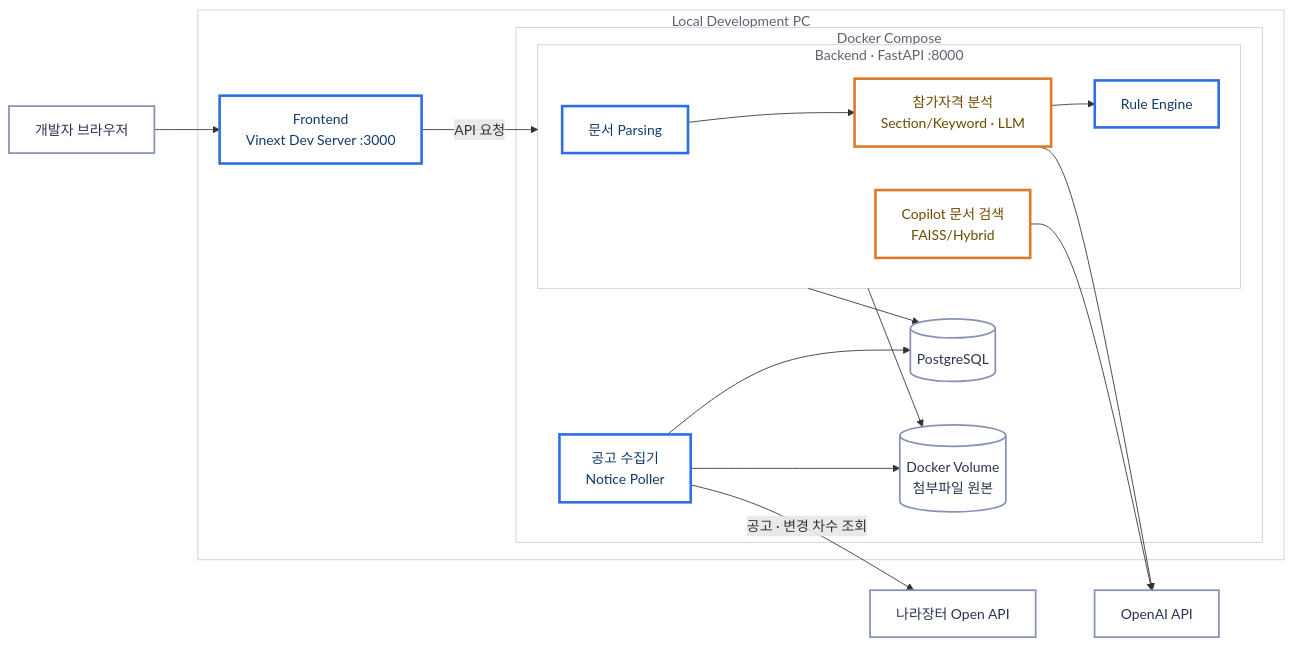
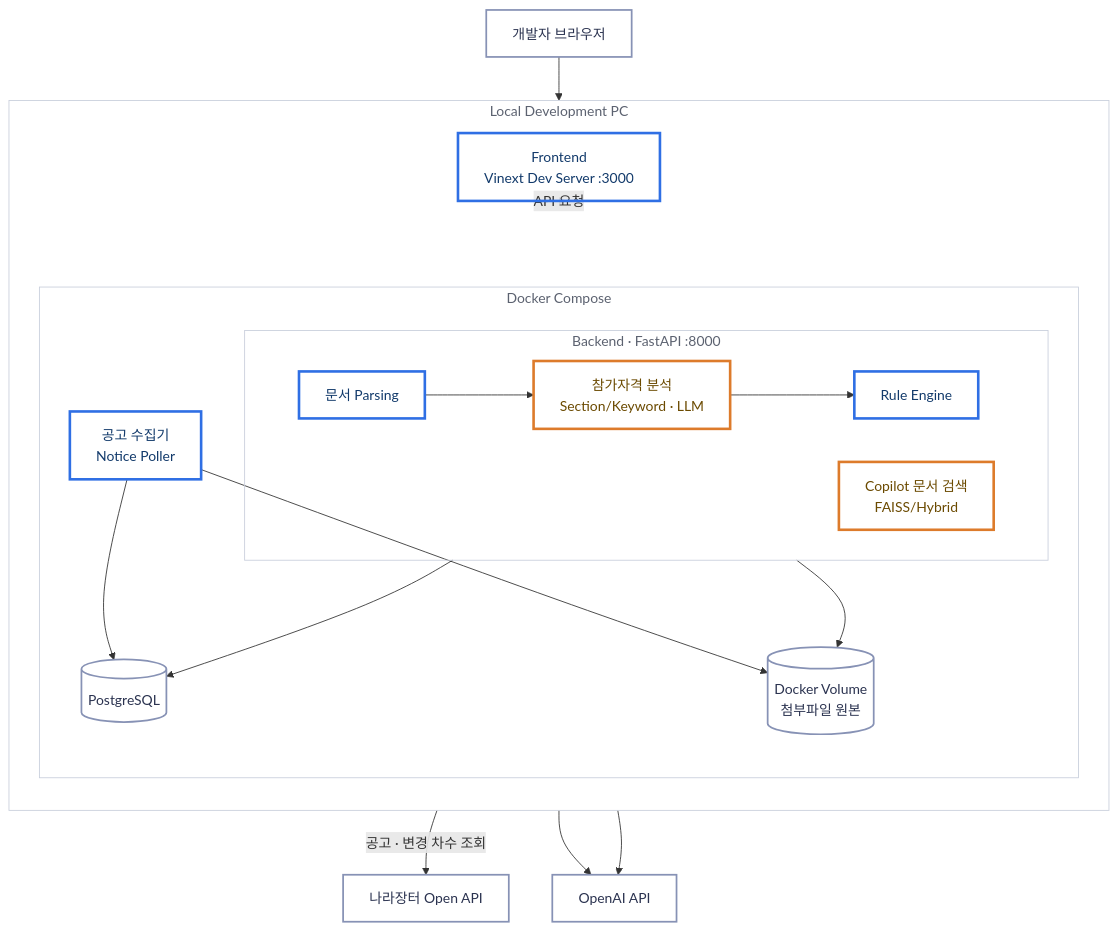
The eighth of 10 diagrams in README.md (SKNETWORKS-FAMILY-AICAMP/SKN34-3rd-4Team), drawn with Mermaid before and after one commit. The commit also changed other lines of this file, not shown here.

Commit message:
docs: ERD 색 통일, 아키텍처 다이어그램 가독성 개선, 이용안내 캡처

````diff
--- a/README.md
+++ b/README.md
@@ -564,51 +569,57 @@
 ```mermaid
-flowchart LR
+flowchart TB
     USER[개발자 브라우저]
     G2B[나라장터 Open API]
     OPENAI[OpenAI API]
 
     subgraph LOCAL[Local Development PC]
+        direction TB
+   
         WEB[Frontend<br/>Vinext Dev Server :3000]
 
         subgraph DOCKER[Docker Compose]
+        direction TB
+   
             POLLER[공고 수집기<br/>Notice Poller]
             DB[(PostgreSQL)]
             STORAGE[(Docker Volume<br/>첨부파일 원본)]
 
             subgraph BACKEND[Backend · FastAPI :8000]
+        direction LR
+   
                 PARSER[문서 Parsing]
                 EXTRACTION[참가자격 분석<br/>Section/Keyword · LLM]
                 RULE[Rule Engine]
                 COPILOT[Copilot 문서 검색<br/>FAISS/Hybrid]
             end
         end
     end
 
     USER --> WEB
     WEB -->|API 요청| BACKEND
 
     POLLER -->|공고 · 변경 차수 조회| G2B
     POLLER --> DB
     POLLER --> STORAGE
 
     BACKEND --> DB
     BACKEND --> STORAGE
 
     PARSER --> EXTRACTION
     EXTRACTION --> RULE
     EXTRACTION --> OPENAI
     COPILOT --> OPENAI
 
     classDef core  fill:none,stroke:#2F6FE4,stroke-width:3px,color:#123A6B
     classDef llm   fill:none,stroke:#DD7B2B,stroke-width:3px,color:#6B4A00
     classDef safe  fill:none,stroke:#2E9E4F,stroke-width:2.5px,color:#0F4F39
     classDef src   fill:none,stroke:#8792B5,stroke-width:2px,color:#2B3350
     classDef plain fill:none,stroke:#B9BCCB,stroke-width:1.5px,color:#2B3350
     classDef zone  fill:none,stroke:#C9CFDC,stroke-width:1px,color:#5C6270
 
     class USER,G2B,OPENAI src
     class WEB,POLLER,PARSER,RULE core
     class EXTRACTION,COPILOT llm
     class DB,STORAGE src
     class LOCAL,DOCKER,BACKEND zone
 ```
````
